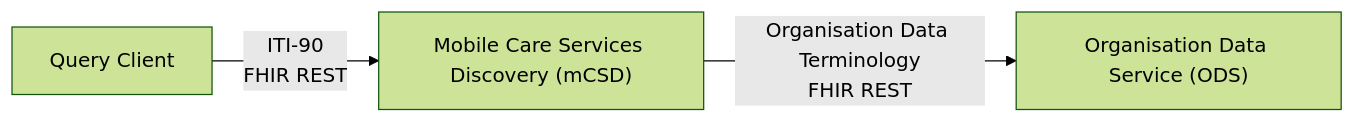
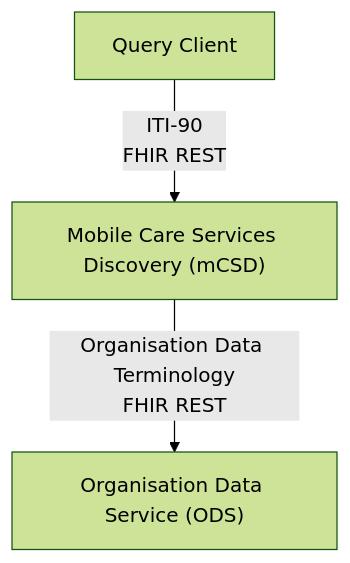
One commit to uk-gov-mirror/nw-gmsa.nw-gmsa.github.com changed the diagram in input/pagecontent/mCSD.md. Above: the diagram before and after it, drawn with Mermaid (forest theme).

Commit message:
Genomic Test Order and Report Example Scenario

````diff
--- a/input/pagecontent/mCSD.md
+++ b/input/pagecontent/mCSD.md
@@ -16,6 +16,6 @@
 ```mermaid
-graph LR;
+graph TD;
 
     U[Query Client] --> |ITI-90<br/>FHIR REST| RIE["Mobile Care Services Discovery (mCSD)"];
     RIE --> |"Organisation Data Terminology<br/>FHIR REST"| ODS["Organisation Data Service (ODS)"]
 ```
````
